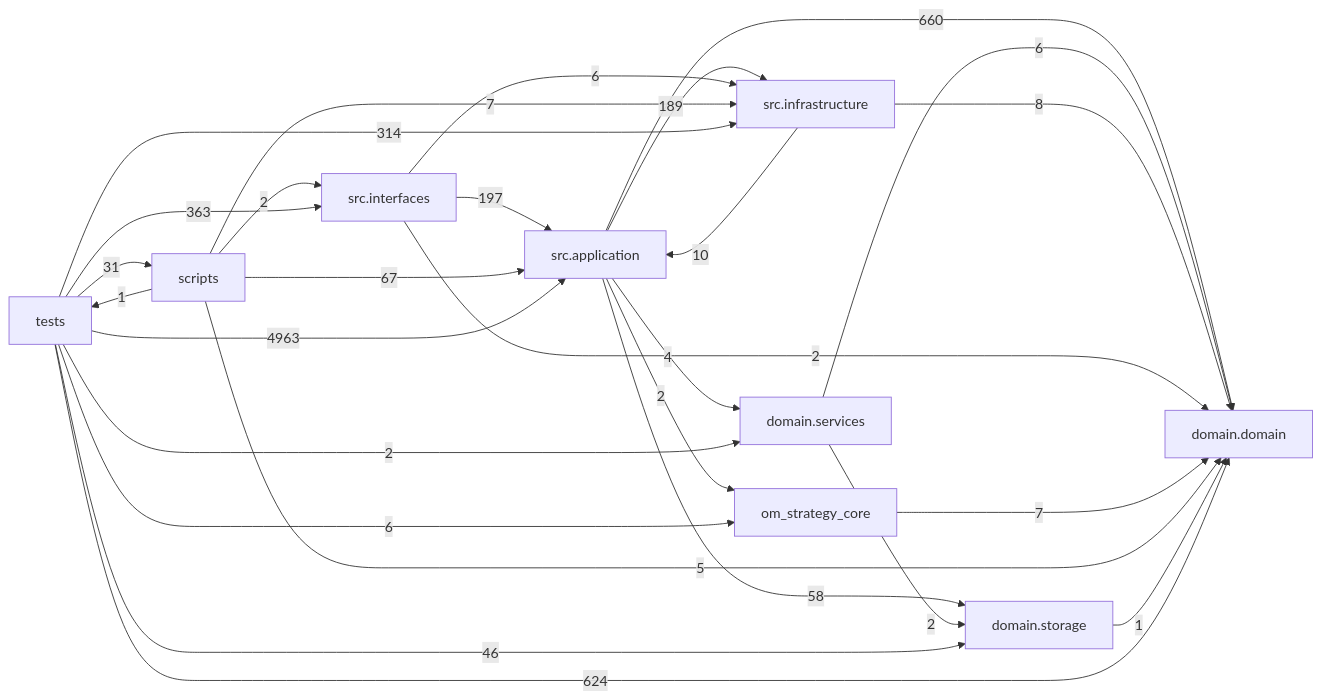
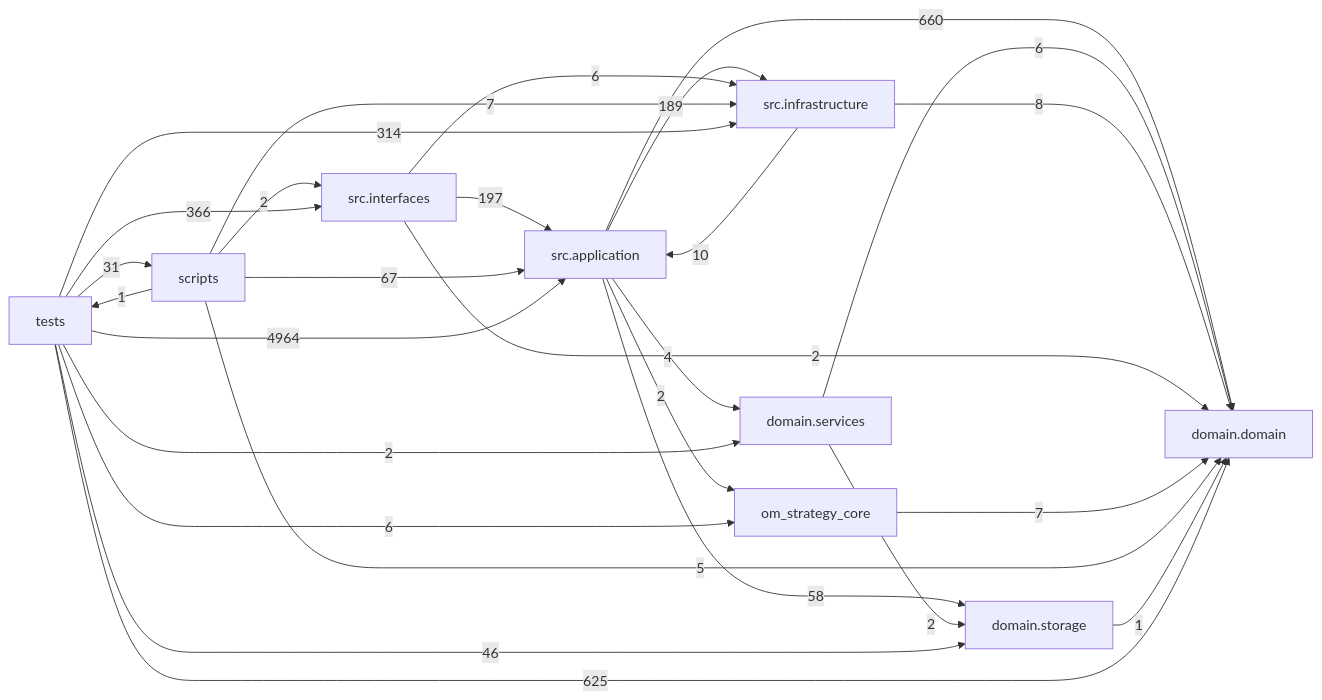
The diagram in docs/DEPENDENCY_GRAPH.md (liuxie066/options-monitor), drawn with Mermaid before and after one commit. The commit also changed other lines of this file and 4 other files, not shown here.

````diff
--- a/docs/DEPENDENCY_GRAPH.md
+++ b/docs/DEPENDENCY_GRAPH.md
@@ -24,38 +24,38 @@
 ```mermaid
 flowchart LR
   tests["tests"]
   scripts["scripts"]
   interfaces["src.interfaces"]
   application["src.application"]
   infrastructure["src.infrastructure"]
   domain_services["domain.services"]
   domain["domain.domain"]
   storage["domain.storage"]
   application -->|660| domain
   application -->|4| domain_services
   application -->|189| infrastructure
   application -->|2| om_strategy_core
   application -->|58| storage
   domain_services -->|6| domain
   domain_services -->|2| storage
   infrastructure -->|10| application
   infrastructure -->|8| domain
   interfaces -->|197| application
   interfaces -->|2| domain
   interfaces -->|6| infrastructure
   om_strategy_core -->|7| domain
   scripts -->|67| application
   scripts -->|5| domain
   scripts -->|7| infrastructure
   scripts -->|2| interfaces
   scripts -->|1| tests
   storage -->|1| domain
-  tests -->|4963| application
-  tests -->|624| domain
+  tests -->|4964| application
+  tests -->|625| domain
   tests -->|2| domain_services
   tests -->|314| infrastructure
-  tests -->|363| interfaces
+  tests -->|366| interfaces
   tests -->|6| om_strategy_core
   tests -->|31| scripts
   tests -->|46| storage
 ```
````
